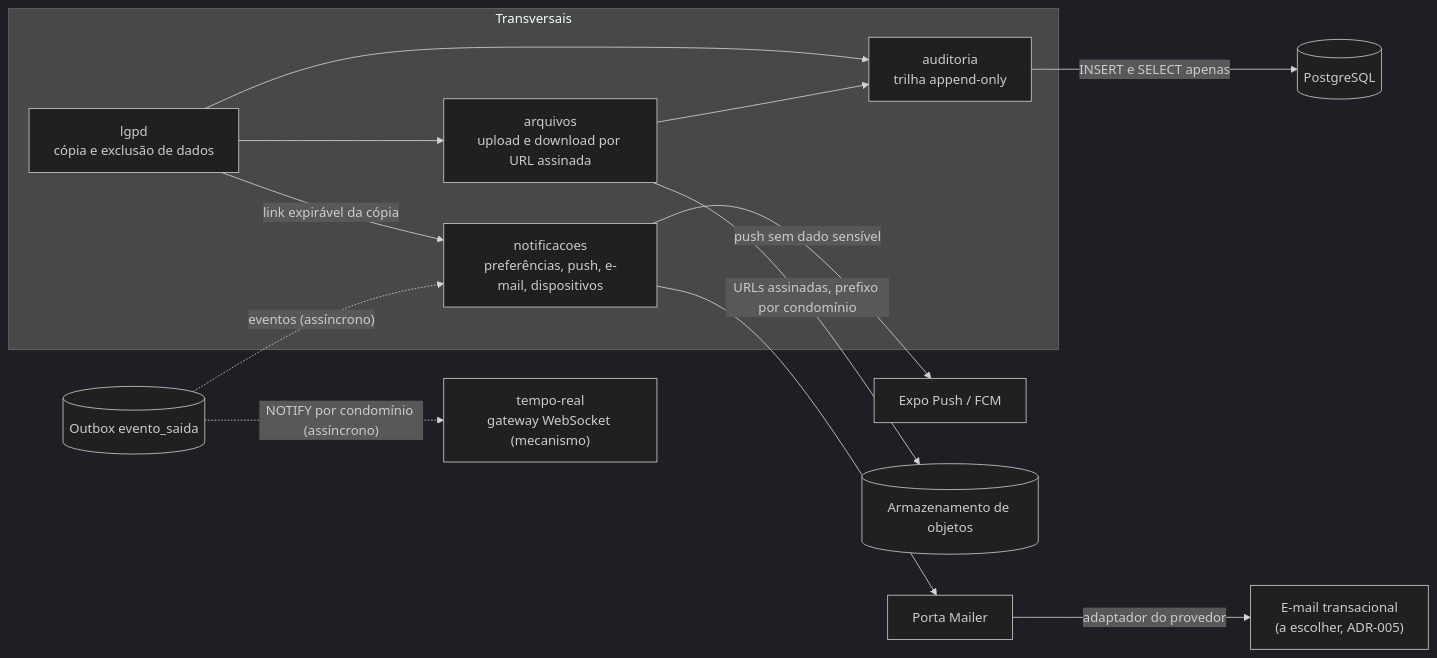
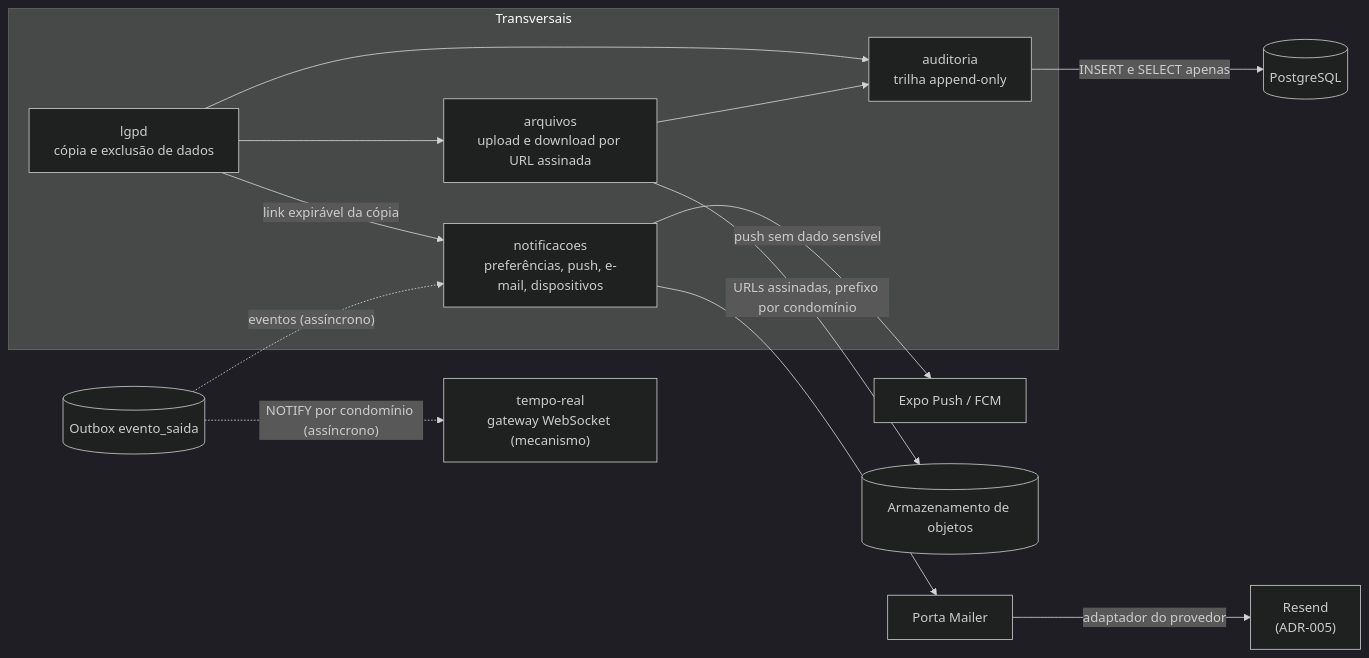
The tenth of 12 diagrams in docs/03-arquitetura/02-diagramas-de-arquitetura.md (pedrolems/CondomiFacil), drawn with Mermaid (dark theme) before and after one commit. The commit also changed other lines of this file and 33 other files, not shown here.

````diff
--- a/docs/03-arquitetura/02-diagramas-de-arquitetura.md
+++ b/docs/03-arquitetura/02-diagramas-de-arquitetura.md
@@ -651,29 +651,29 @@
 ```mermaid
 flowchart LR
     subgraph GTRANSV["Transversais"]
         NOT["notificacoes<br/>preferências, push, e-mail, dispositivos"]
         ARQ["arquivos<br/>upload e download por URL assinada"]
         LGPD["lgpd<br/>cópia e exclusão de dados"]
         AUD["auditoria<br/>trilha append-only"]
     end
 
     TREAL["tempo-real<br/>gateway WebSocket (mecanismo)"]
     OUT[("Outbox evento_saida")]
     MAILER["Porta Mailer"]
     PUSH["Expo Push / FCM"]
-    MAILEXT["E-mail transacional<br/>(a escolher, ADR-005)"]
+    MAILEXT["Resend<br/>(ADR-005)"]
     OBJ[("Armazenamento de objetos")]
     DB[("PostgreSQL")]
 
     OUT -.->|"eventos (assíncrono)"| NOT
     OUT -.->|"NOTIFY por condomínio (assíncrono)"| TREAL
     NOT -->|"push sem dado sensível"| PUSH
     NOT --> MAILER
     MAILER -->|"adaptador do provedor"| MAILEXT
     ARQ -->|"URLs assinadas, prefixo por condomínio"| OBJ
     ARQ --> AUD
     LGPD --> ARQ
     LGPD -->|"link expirável da cópia"| NOT
     LGPD --> AUD
     AUD -->|"INSERT e SELECT apenas"| DB
 ```
````
